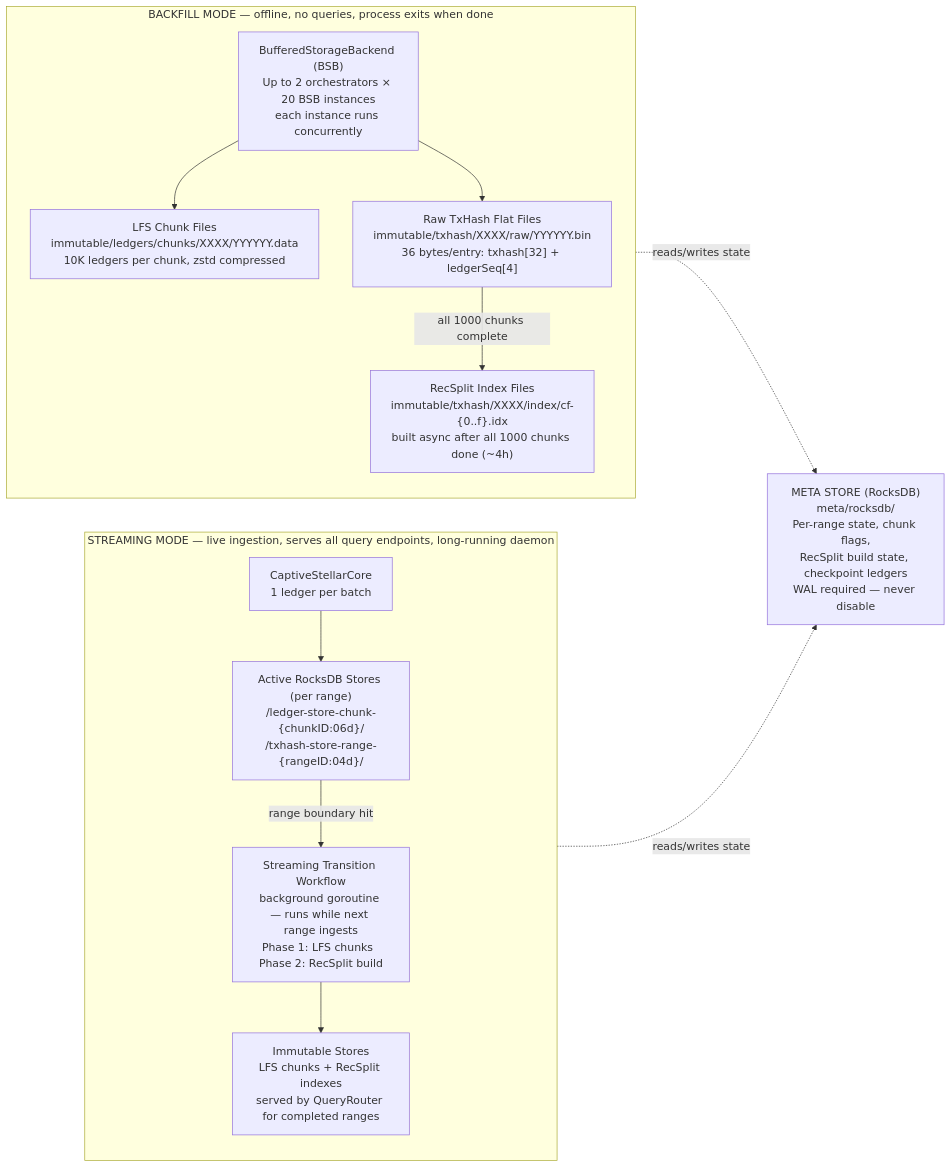
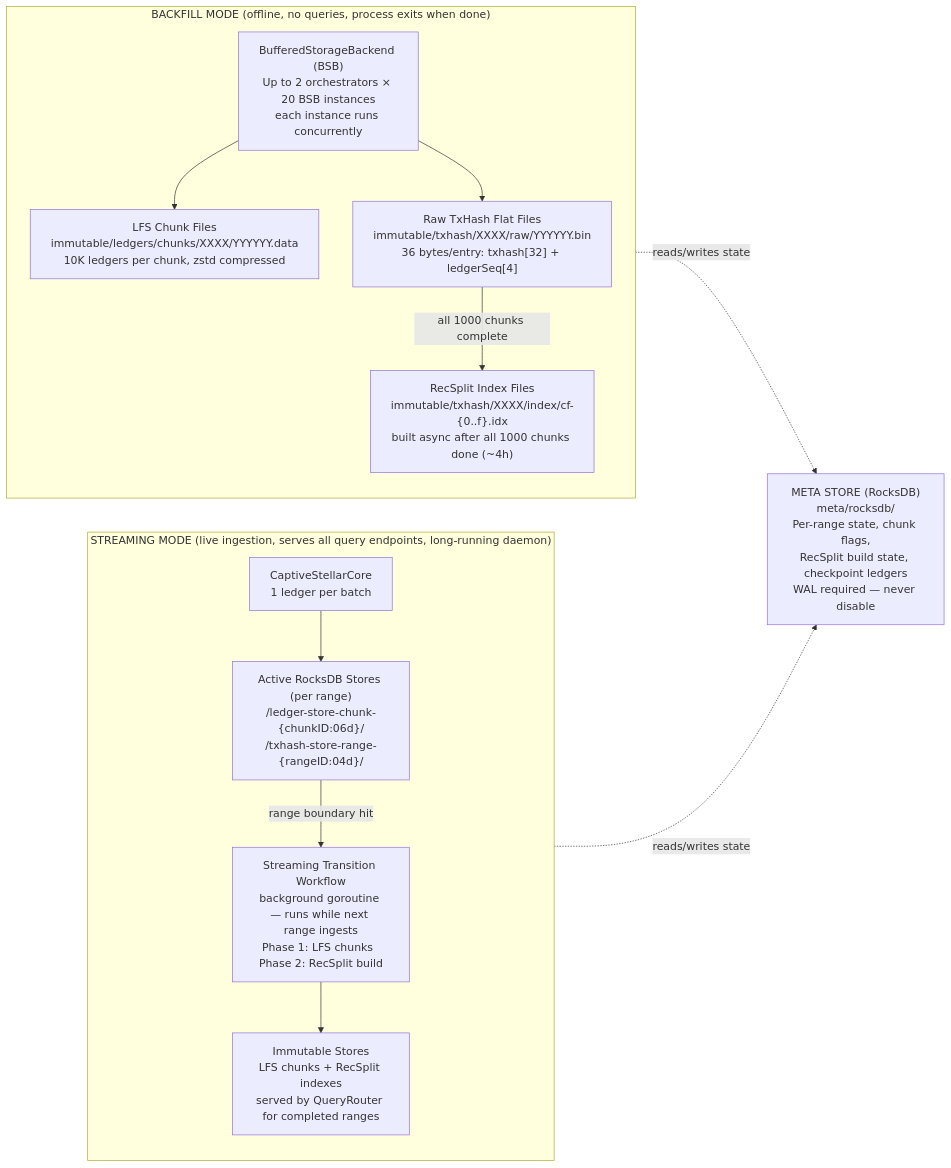
Before and after one commit to karthikiyer56/stellar-full-history-ingestion: the first of 2 diagrams in design-docs-v2/README.md, drawn with Mermaid.

Commit message:
fix: replace em-dashes in mermaid subgraph labels for GitHub rendering

````diff
--- a/design-docs-v2/README.md
+++ b/design-docs-v2/README.md
@@ -24,29 +24,29 @@
 ```mermaid
 flowchart LR
-    subgraph BACKFILL["BACKFILL MODE — offline, no queries, process exits when done"]
+    subgraph BACKFILL["BACKFILL MODE (offline, no queries, process exits when done)"]
         direction TB
         BSB["BufferedStorageBackend (BSB)<br/>Up to 2 orchestrators × 20 BSB instances<br/>each instance runs concurrently"]
         LFS_B["LFS Chunk Files<br/>immutable/ledgers/chunks/XXXX/YYYYYY.data<br/>10K ledgers per chunk, zstd compressed"]
         TXRAW["Raw TxHash Flat Files<br/>immutable/txhash/XXXX/raw/YYYYYY.bin<br/>36 bytes/entry: txhash[32] + ledgerSeq[4]"]
         RECSPLIT_B["RecSplit Index Files<br/>immutable/txhash/XXXX/index/cf-{0..f}.idx<br/>built async after all 1000 chunks done (~4h)"]
         BSB --> LFS_B
         BSB --> TXRAW
         TXRAW -->|"all 1000 chunks complete"| RECSPLIT_B
     end
 
-    subgraph STREAMING["STREAMING MODE — live ingestion, serves all query endpoints, long-running daemon"]
+    subgraph STREAMING["STREAMING MODE (live ingestion, serves all query endpoints, long-running daemon)"]
         direction TB
         CORE["CaptiveStellarCore<br/>1 ledger per batch"]
         ACTIVE["Active RocksDB Stores (per range)<br/><active_stores_base_dir>/ledger-store-chunk-{chunkID:06d}/<br/><active_stores_base_dir>/txhash-store-range-{rangeID:04d}/"]
         TRANS["Streaming Transition Workflow<br/>background goroutine — runs while next range ingests<br/>Phase 1: LFS chunks  Phase 2: RecSplit build"]
         IMM["Immutable Stores<br/>LFS chunks + RecSplit indexes<br/>served by QueryRouter for completed ranges"]
         CORE --> ACTIVE
         ACTIVE -->|"range boundary hit"| TRANS
         TRANS --> IMM
     end
 
     META["META STORE (RocksDB)<br/>meta/rocksdb/<br/>Per-range state, chunk flags,<br/>RecSplit build state, checkpoint ledgers<br/>WAL required — never disable"]
 
     BACKFILL -.->|"reads/writes state"| META
     STREAMING -.->|"reads/writes state"| META
 ```
````
